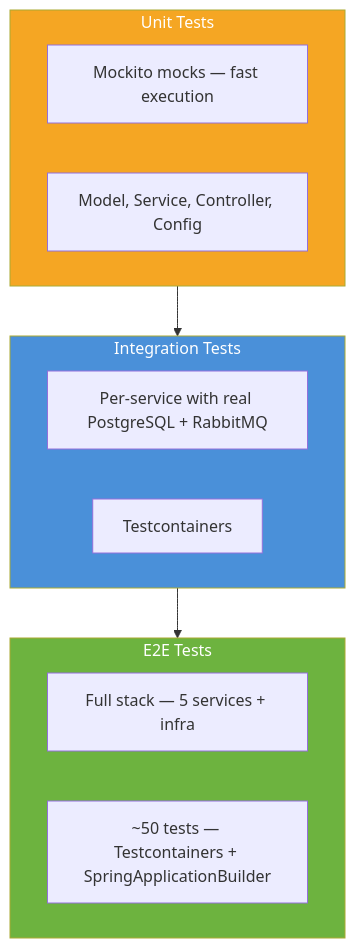
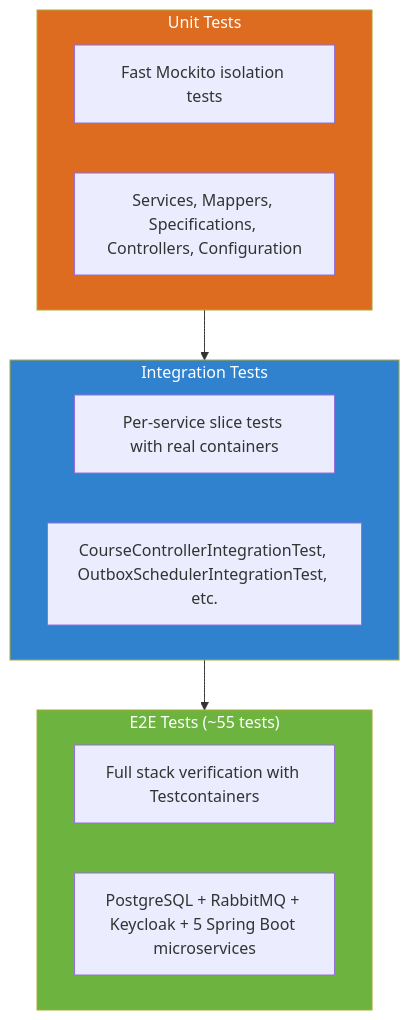
One commit to sergio11/training_platform_poc_spring_microservices changed the seventh of 7 diagrams in README.md. Above: the diagram before and after it, drawn with Mermaid. The commit also changed other lines of this file, not shown here.

````diff
--- a/README.md
+++ b/README.md
@@ -661,23 +487,23 @@
 ```mermaid
 flowchart TB
-    subgraph E2E["E2E Tests"]
-        E2E1["Full stack — 5 services + infra"]
-        E2E2["~50 tests — Testcontainers + SpringApplicationBuilder"]
+    subgraph E2E ["E2E Tests (~55 tests)"]
+        E1["Full stack verification with Testcontainers"]
+        E2["PostgreSQL + RabbitMQ + Keycloak + 5 Spring Boot microservices"]
     end
 
-    subgraph Integration["Integration Tests"]
-        INT1["Per-service with real PostgreSQL + RabbitMQ"]
-        INT2["Testcontainers"]
+    subgraph Integration ["Integration Tests"]
+        I1["Per-service slice tests with real containers"]
+        I2["CourseControllerIntegrationTest, OutboxSchedulerIntegrationTest, etc."]
     end
 
-    subgraph Unit["Unit Tests"]
-        U1["Mockito mocks — fast execution"]
-        U2["Model, Service, Controller, Config"]
+    subgraph Unit ["Unit Tests"]
+        U1["Fast Mockito isolation tests"]
+        U2["Services, Mappers, Specifications, Controllers, Configuration"]
     end
 
     Unit --> Integration --> E2E
 
     style E2E fill:#6DB33F,color:#fff
-    style Integration fill:#4a90d9,color:#fff
-    style Unit fill:#f5a623,color:#fff
+    style Integration fill:#3182ce,color:#fff
+    style Unit fill:#dd6b20,color:#fff
 ```
````
